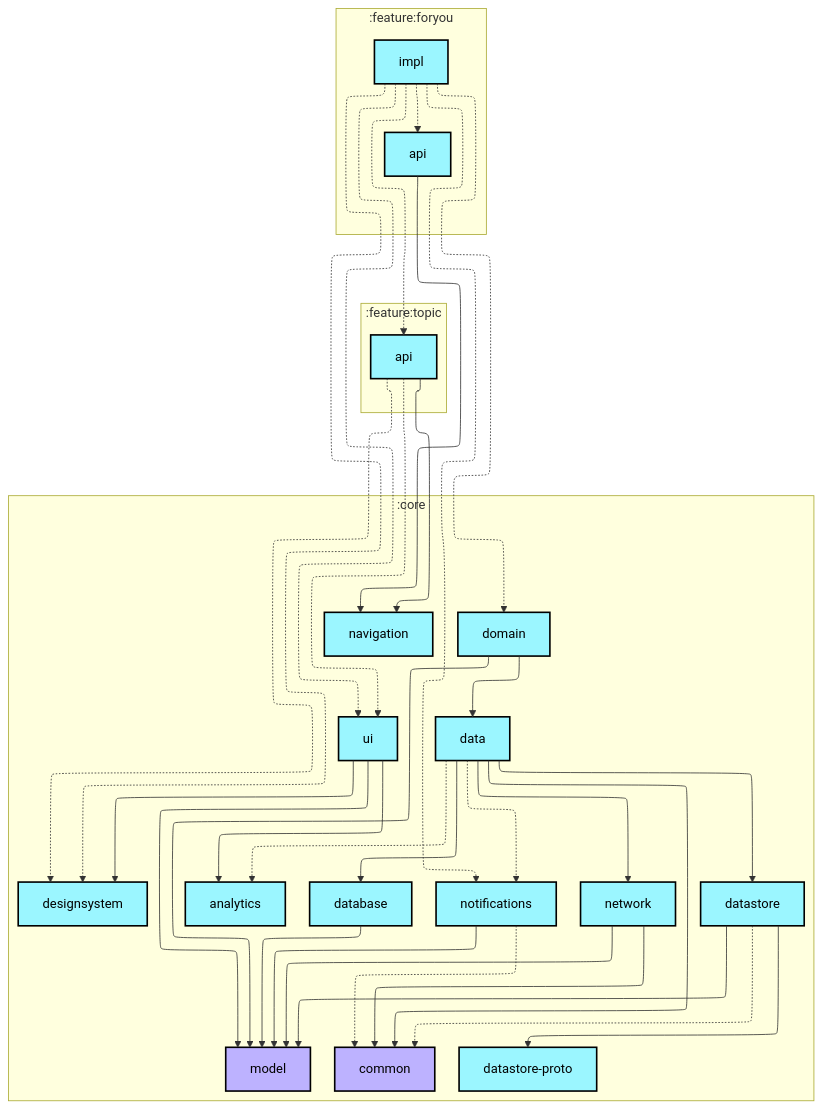
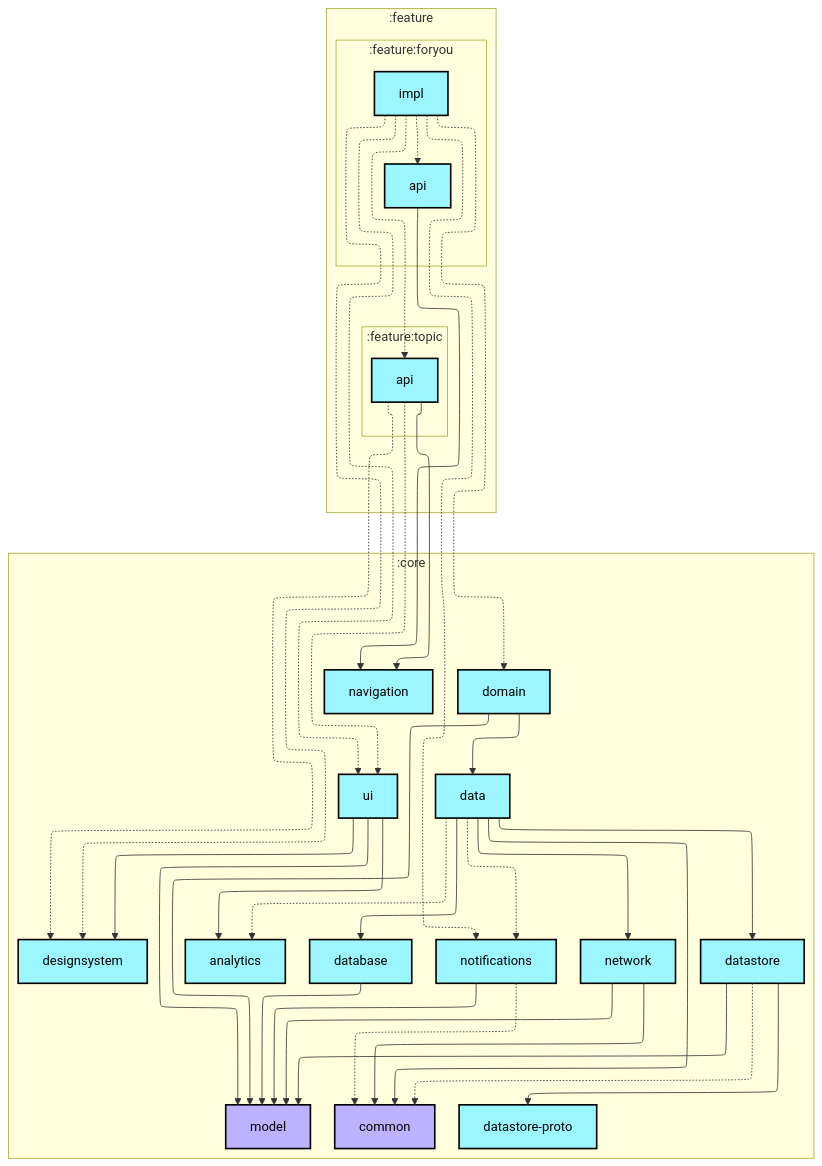
One commit to android/nowinandroid changed the first of 2 diagrams in feature/foryou/impl/README.md. Above: the diagram before and after it, drawn with Mermaid. The commit also changed 12 other files, not shown here.

Commit message:
Fix module graph generation.

````diff
--- a/feature/foryou/impl/README.md
+++ b/feature/foryou/impl/README.md
@@ -6,71 +6,74 @@
 ```mermaid
 ---
 config:
   layout: elk
   elk:
     nodePlacementStrategy: SIMPLE
 ---
 graph TB
+  subgraph :feature
+    direction TB
+    subgraph :feature:foryou
+      direction TB
+      :feature:foryou:api[api]:::android-library
+      :feature:foryou:impl[impl]:::android-library
+    end
+    subgraph :feature:topic
+      direction TB
+      :feature:topic:api[api]:::android-library
+    end
+  end
   subgraph :core
     direction TB
     :core:analytics[analytics]:::android-library
     :core:common[common]:::jvm-library
     :core:data[data]:::android-library
     :core:database[database]:::android-library
     :core:datastore[datastore]:::android-library
     :core:datastore-proto[datastore-proto]:::android-library
     :core:designsystem[designsystem]:::android-library
     :core:domain[domain]:::android-library
     :core:model[model]:::jvm-library
     :core:navigation[navigation]:::android-library
     :core:network[network]:::android-library
     :core:notifications[notifications]:::android-library
     :core:ui[ui]:::android-library
-  end
-  subgraph :feature:foryou
-    direction TB
-    :feature:foryou:api[api]:::android-library
-    :feature:foryou:impl[impl]:::android-library
-  end
-  subgraph :feature:topic
-    direction TB
-    :feature:topic:api[api]:::android-library
   end
 
   :core:data -.-> :core:analytics
   :core:data --> :core:common
   :core:data --> :core:database
   :core:data --> :core:datastore
   :core:data --> :core:network
   :core:data -.-> :core:notifications
   :core:database --> :core:model
   :core:datastore -.-> :core:common
   :core:datastore --> :core:datastore-proto
   :core:datastore --> :core:model
   :core:domain --> :core:data
   :core:domain --> :core:model
   :core:network --> :core:common
   :core:network --> :core:model
   :core:notifications -.-> :core:common
   :core:notifications --> :core:model
   :core:ui --> :core:analytics
   :core:ui --> :core:designsystem
   :core:ui --> :core:model
   :feature:foryou:api --> :core:navigation
   :feature:foryou:impl -.-> :core:designsystem
   :feature:foryou:impl -.-> :core:domain
   :feature:foryou:impl -.-> :core:notifications
   :feature:foryou:impl -.-> :core:ui
   :feature:foryou:impl -.-> :feature:foryou:api
   :feature:foryou:impl -.-> :feature:topic:api
   :feature:topic:api -.-> :core:designsystem
   :feature:topic:api --> :core:navigation
   :feature:topic:api -.-> :core:ui
 
 classDef android-application fill:#CAFFBF,stroke:#000,stroke-width:2px,color:#000;
 classDef android-feature fill:#FFD6A5,stroke:#000,stroke-width:2px,color:#000;
 classDef android-library fill:#9BF6FF,stroke:#000,stroke-width:2px,color:#000;
 classDef android-test fill:#A0C4FF,stroke:#000,stroke-width:2px,color:#000;
 classDef jvm-library fill:#BDB2FF,stroke:#000,stroke-width:2px,color:#000;
 classDef unknown fill:#FFADAD,stroke:#000,stroke-width:2px,color:#000;
 ```
````
